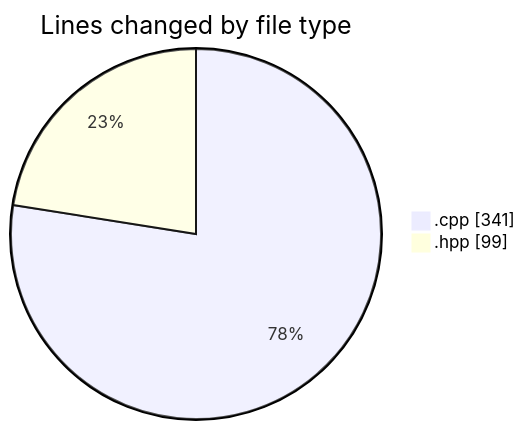
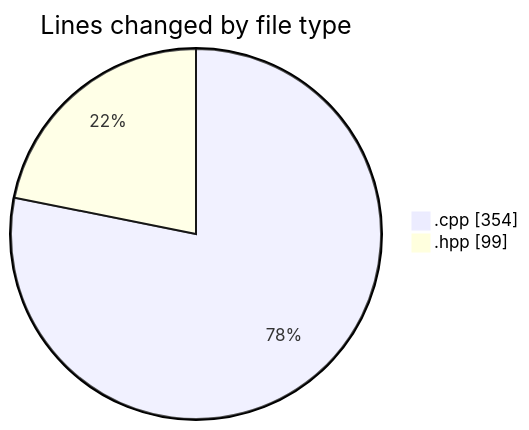
One commit to Netris89/code-tracking changed the first of 2 diagrams in 2025-04-24/echo/README.md. Above: the diagram before and after it, drawn with Mermaid. The commit also changed other lines of this file and 1 other file, not shown here.

````diff
--- a/2025-04-24/echo/README.md
+++ b/2025-04-24/echo/README.md
@@ -21,6 +21,6 @@
 ```mermaid
 pie showData
 title Lines changed by file type
-".cpp" : 341
+".cpp" : 354
 ".hpp" : 99
 ```
````
